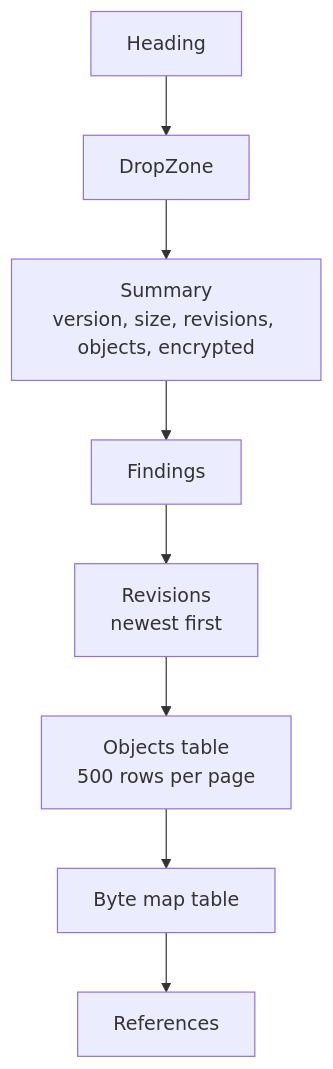
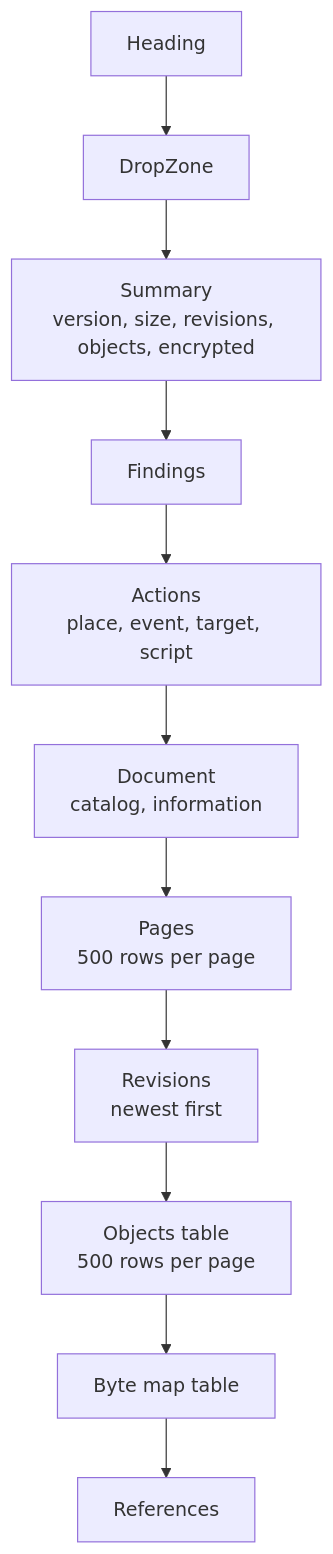
One commit to photom/benchside changed the second of 2 diagrams in docs/explanation/pdf-architecture.md. Above: the diagram before and after it, drawn with Mermaid. The commit also changed other lines of this file and 37 other files, not shown here.

Commit message:
Show the PDF document, pages, and actions (#10)

````diff
--- a/docs/explanation/pdf-architecture.md
+++ b/docs/explanation/pdf-architecture.md
@@ -63,10 +75,13 @@
 ```mermaid
 flowchart TD
   h[Heading] --> drop[DropZone]
   drop --> summary["Summary<br/>version, size, revisions, objects, encrypted"]
   summary --> findings[Findings]
-  findings --> revs["Revisions<br/>newest first"]
+  findings --> actions["Actions<br/>place, event, target, script"]
+  actions --> doc["Document<br/>catalog, information"]
+  doc --> pages["Pages<br/>500 rows per page"]
+  pages --> revs["Revisions<br/>newest first"]
   revs --> objs["Objects table<br/>500 rows per page"]
   objs --> map["Byte map table"]
   map --> refs[References]
 ```
````
